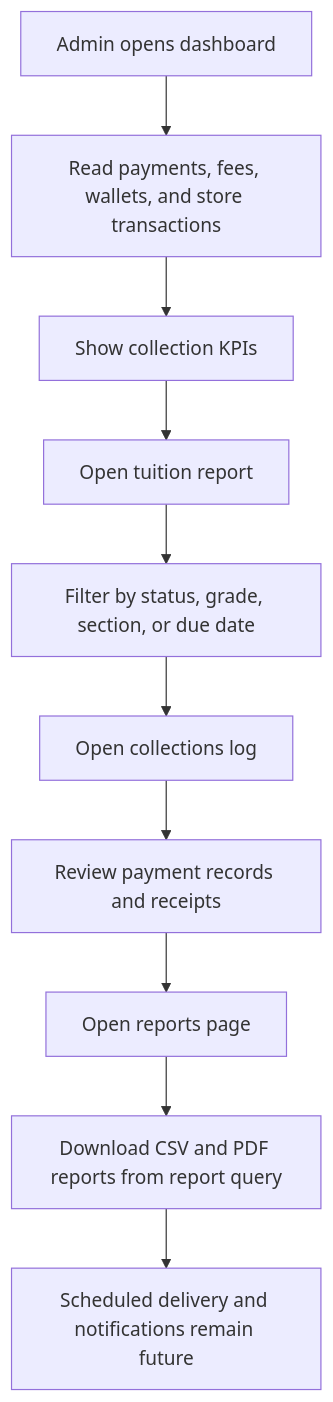
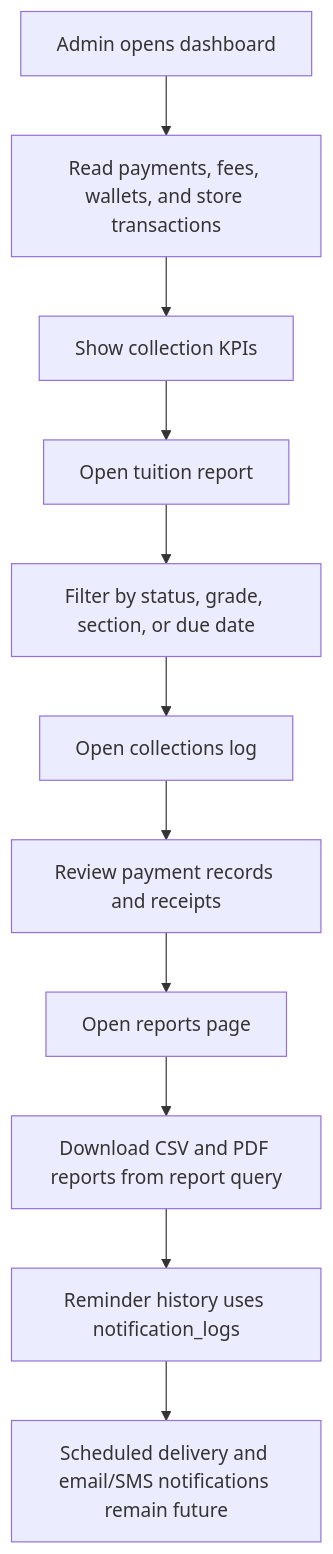
Before and after one commit to Xeyn19/xmetapay: the fourth of 7 diagrams in docs/DATABASE_SCHEMA_PLAN.md, drawn with Mermaid. The commit also changed other lines of this file and 14 other files, not shown here.

````diff
--- a/docs/DATABASE_SCHEMA_PLAN.md
+++ b/docs/DATABASE_SCHEMA_PLAN.md
@@ -637,12 +639,13 @@
 ```mermaid
 flowchart TD
   A["Admin opens dashboard"] --> B["Read payments, fees, wallets, and store transactions"]
   B --> C["Show collection KPIs"]
   C --> D["Open tuition report"]
   D --> E["Filter by status, grade, section, or due date"]
   E --> F["Open collections log"]
   F --> G["Review payment records and receipts"]
   G --> H["Open reports page"]
   H --> I["Download CSV and PDF reports from report query"]
-  I --> J["Scheduled delivery and notifications remain future"]
+  I --> J["Reminder history uses notification_logs"]
+  J --> K["Scheduled delivery and email/SMS notifications remain future"]
 ```
````
